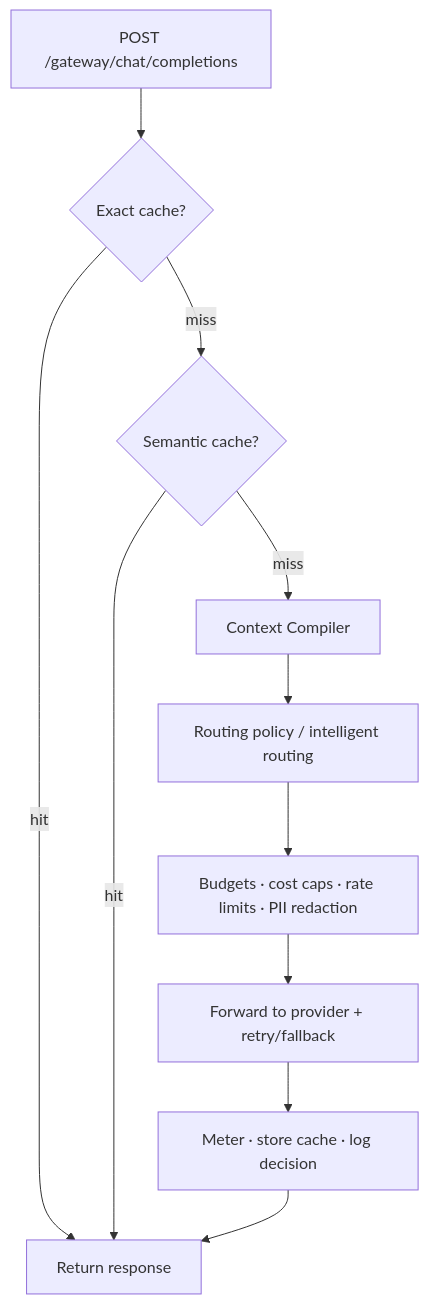
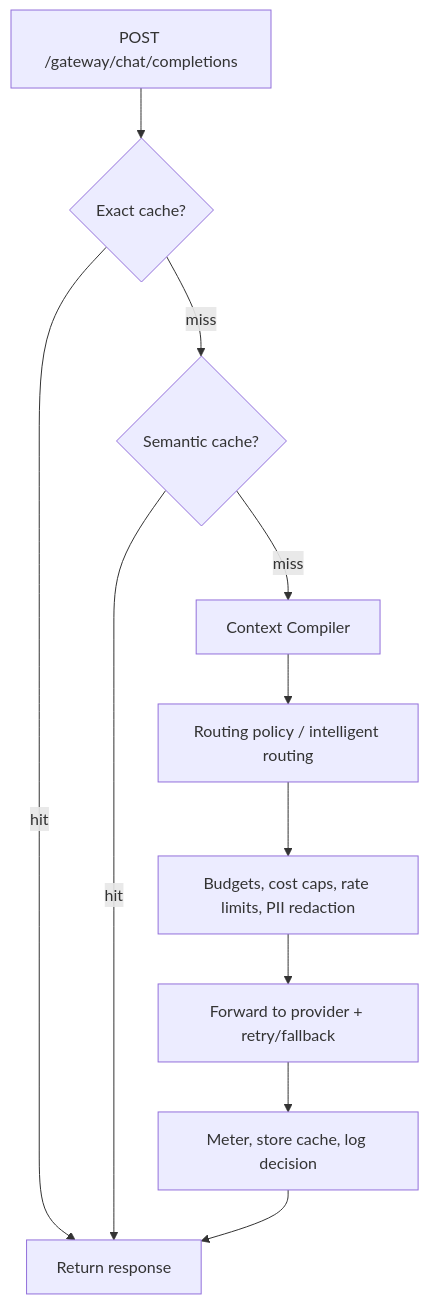
One commit to avs6/runledger-community changed the diagram in docs/gateway/overview.mdx. Above: the diagram before and after it, drawn with Mermaid. The commit also changed other lines of this file and 97 other files, not shown here.

````diff
--- a/docs/gateway/overview.mdx
+++ b/docs/gateway/overview.mdx
@@ -24,13 +23,13 @@
 ```mermaid
 flowchart TB
-  req[POST /gateway/chat/completions] --> exact{Exact cache?}
-  exact -- hit --> resp[Return response]
-  exact -- miss --> sem{Semantic cache?}
+  req["POST /gateway/chat/completions"] --> exact{"Exact cache?"}
+  exact -- hit --> resp["Return response"]
+  exact -- miss --> sem{"Semantic cache?"}
   sem -- hit --> resp
-  sem -- miss --> comp[Context Compiler]
-  comp --> route[Routing policy / intelligent routing]
-  route --> guard[Budgets · cost caps · rate limits · PII redaction]
-  guard --> fwd[Forward to provider + retry/fallback]
-  fwd --> meter[Meter · store cache · log decision]
+  sem -- miss --> comp["Context Compiler"]
+  comp --> route["Routing policy / intelligent routing"]
+  route --> guard["Budgets, cost caps, rate limits, PII redaction"]
+  guard --> fwd["Forward to provider + retry/fallback"]
+  fwd --> meter["Meter, store cache, log decision"]
   meter --> resp
 ```
````
